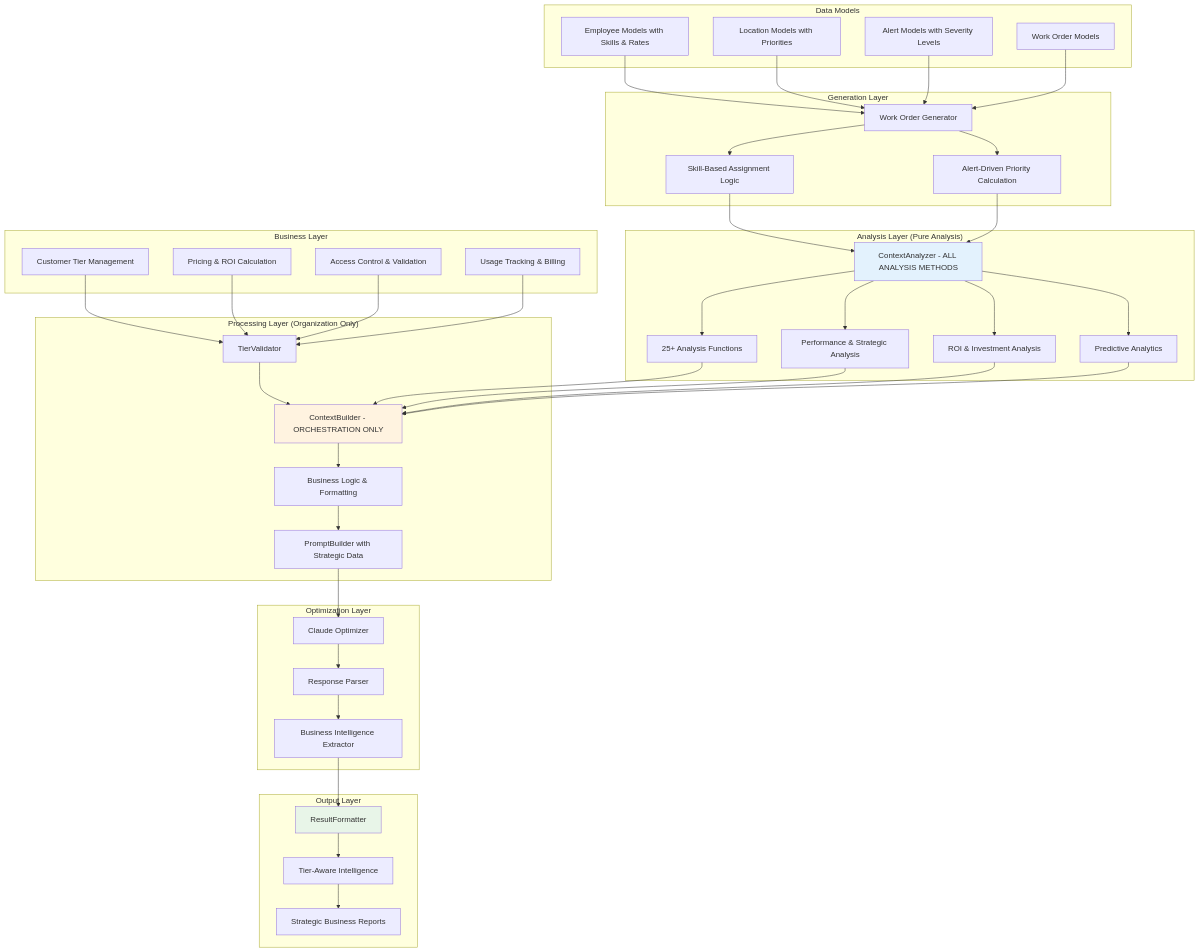
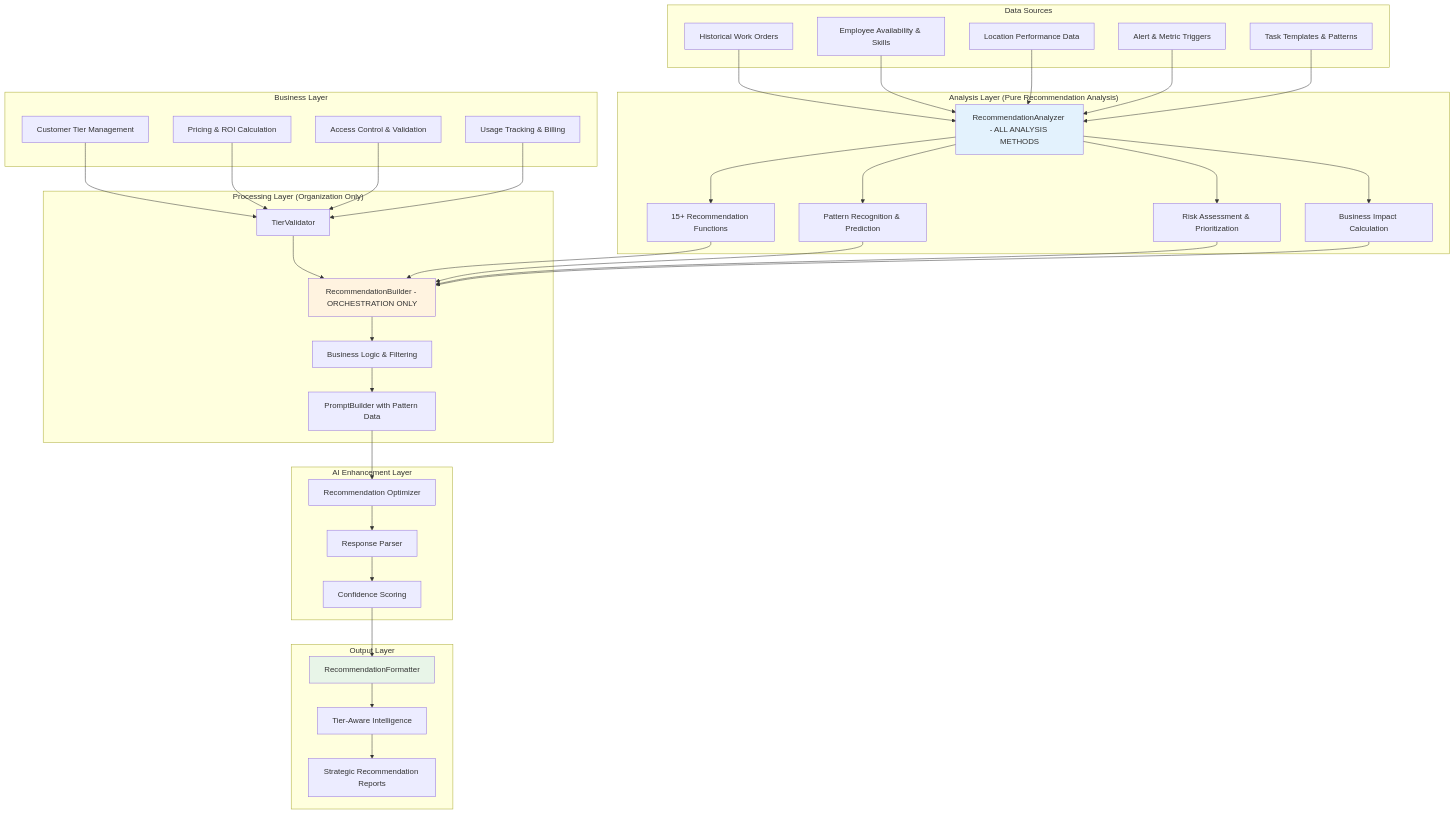
One commit to CarloCHEN/pudu_robot changed the second of 2 diagrams in README.md. Above: the diagram before and after it, drawn with Mermaid. The commit also changed other lines of this file and 18 other files, not shown here.

````diff
--- a/README.md
+++ b/README.md
@@ -198,82 +188,73 @@
         D[Usage Tracking & Billing]
     end
 
-    subgraph "Data Models"
-        E[Work Order Models]
-        F[Employee Models with Skills & Rates]
-        G[Location Models with Priorities]
-        H[Alert Models with Severity Levels]
+    subgraph "Data Sources"
+        E[Historical Work Orders]
+        F[Employee Availability & Skills]
+        G[Location Performance Data]
+        H[Alert & Metric Triggers]
+        I[Task Templates & Patterns]
     end
 
-    subgraph "Generation Layer"
-        I[Work Order Generator]
-        J[Skill-Based Assignment Logic]
-        K[Alert-Driven Priority Calculation]
-    end
-
-    subgraph "Analysis Layer (Pure Analysis)"
-        L[ContextAnalyzer - ALL ANALYSIS METHODS]
-        M[25+ Analysis Functions]
-        N[Performance & Strategic Analysis]
-        O[ROI & Investment Analysis]
-        P[Predictive Analytics]
+    subgraph "Analysis Layer (Pure Recommendation Analysis)"
+        J[RecommendationAnalyzer - ALL ANALYSIS METHODS]
+        K[15+ Recommendation Functions]
+        L[Pattern Recognition & Prediction]
+        M[Risk Assessment & Prioritization]
+        N[Business Impact Calculation]
     end
 
     subgraph "Processing Layer (Organization Only)"
-        Q[TierValidator]
-        R[ContextBuilder - ORCHESTRATION ONLY]
-        S[Business Logic & Formatting]
-        T[PromptBuilder with Strategic Data]
+        O[TierValidator]
+        P[RecommendationBuilder - ORCHESTRATION ONLY]
+        Q[Business Logic & Filtering]
+        R[PromptBuilder with Pattern Data]
     end
 
-    subgraph "Optimization Layer"
-        U[Claude Optimizer]
-        V[Response Parser]
-        W[Business Intelligence Extractor]
+    subgraph "AI Enhancement Layer"
+        S[Recommendation Optimizer]
+        T[Response Parser]
+        U[Confidence Scoring]
     end
 
     subgraph "Output Layer"
-        X[ResultFormatter]
-        Y[Tier-Aware Intelligence]
-        Z[Strategic Business Reports]
+        V[RecommendationFormatter]
+        W[Tier-Aware Intelligence]
+        X[Strategic Recommendation Reports]
     end
 
-    A --> Q
-    B --> Q
-    C --> Q
-    D --> Q
+    A --> O
+    B --> O
+    C --> O
+    D --> O
 
-    F --> I
-    G --> I
-    H --> I
-    E --> I
+    E --> J
+    F --> J
+    G --> J
+    H --> J
+    I --> J
 
-    I --> J
-    I --> K
+    J --> K
     J --> L
-    K --> L
+    J --> M
+    J --> N
 
-    L --> M
-    L --> N
-    L --> O
+    O --> P
+    K --> P
     L --> P
+    M --> P
+    N --> P
+    P --> Q
+    Q --> R
 
-    Q --> R
-    M --> R
-    N --> R
-    O --> R
-    P --> R
     R --> S
     S --> T
-
     T --> U
     U --> V
     V --> W
     W --> X
-    X --> Y
-    Y --> Z
 
-    style L fill:#e3f2fd
-    style R fill:#fff3e0
-    style X fill:#e8f5e8
+    style J fill:#e3f2fd
+    style P fill:#fff3e0
+    style V fill:#e8f5e8
 ```
````
